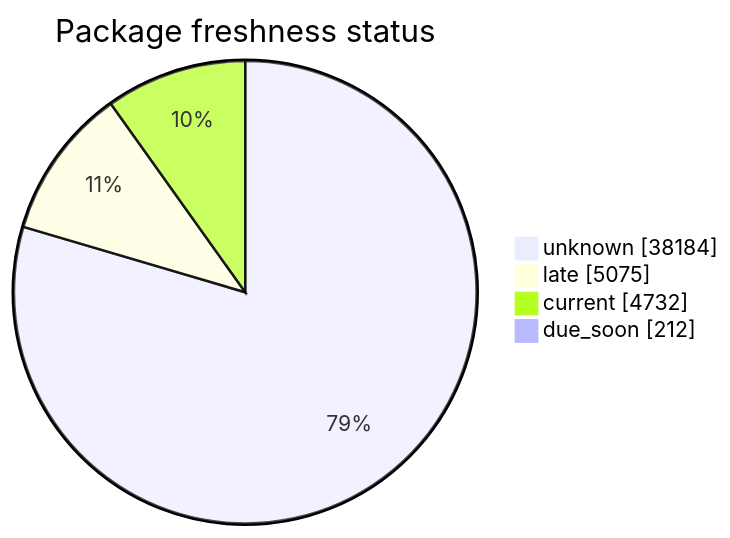
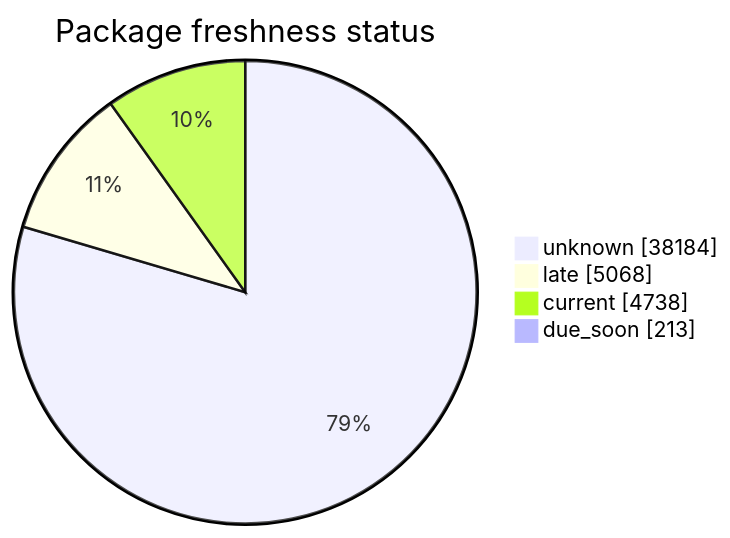
One commit to open-data/analytics-corporate-reporting changed the second of 5 diagrams in FreshCheck/README.md. Above: the diagram before and after it, drawn with Mermaid. The commit also changed other lines of this file and 3 other files, not shown here.

````diff
--- a/FreshCheck/README.md
+++ b/FreshCheck/README.md
@@ -68,7 +68,7 @@
 ```mermaid
 pie showData title Package freshness status
     "unknown": 38184
-    "late": 5075
-    "current": 4732
-    "due_soon": 212
+    "late": 5068
+    "current": 4738
+    "due_soon": 213
 ```
````
